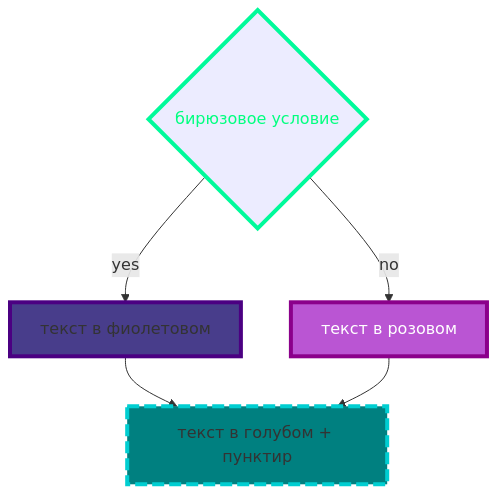
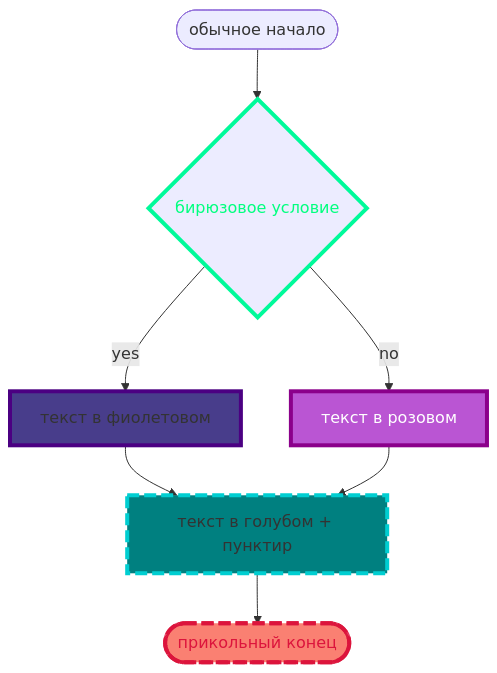
Before and after one commit to SofiiaBobr5565/Mermaid_syntax_hints_for_md: diagram 13 of 13 in README.md, drawn with Mermaid.

````diff
--- a/README.md
+++ b/README.md
@@ -131,10 +131,13 @@
 ```mermaid
 flowchart TB
     style b color:SpringGreen,stroke:MediumSpringGreen,stroke-width:4px
     style i1 fill:#483D8B,stroke:#4B0082,stroke-width:4px
     style i2 fill:#BA55D3,stroke:DarkMagenta,stroke-width:4px,color:#FFFFFF
     style i3 fill:#008080,stroke:#00CED1,stroke-width:4px,stroke-dasharray: 12 5
+    style f  fill:#FA8072,stroke:#DC143C,stroke-width:4px,color:#DC143C,stroke-dasharray: 12 5
     b{бирюзовое условие}
+    a(["обычное начало"])-->b
     b--> |yes|i1["текст в фиолетовом"]--> i3["текст в голубом + пунктир"]
     b--> |no|i2["текст в розовом"]--> i3
+    i3-->f(["прикольный конец"])
 ```  
````
